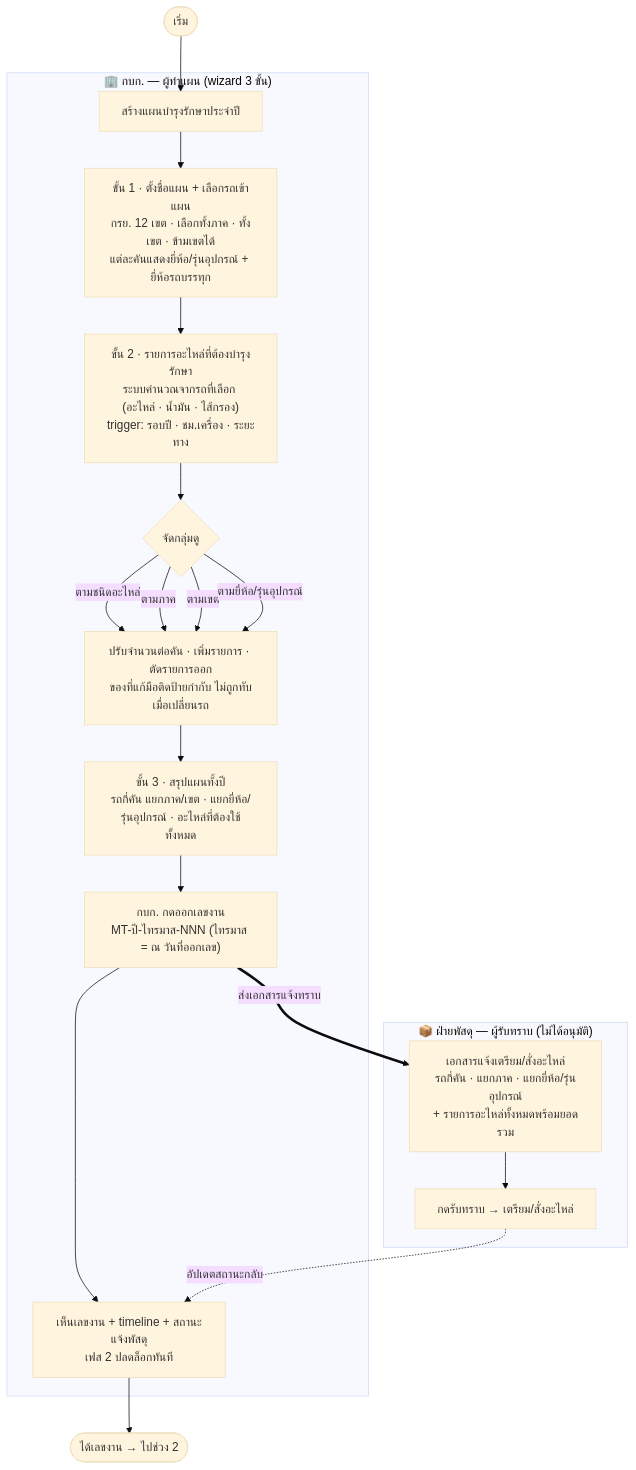
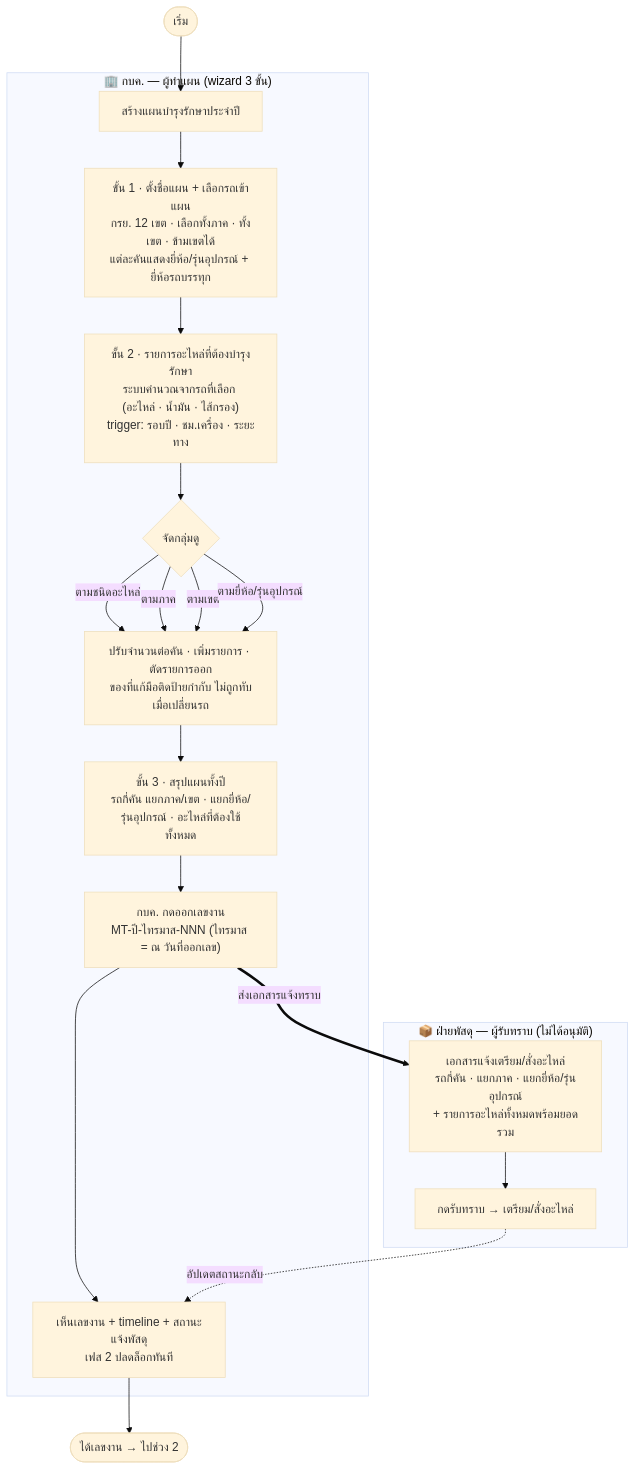
Before and after one commit to anugmail/Maintenance-Request-Form: the diagram in Diagram/01-บำรุงรักษาตามวาระ/01-ออกเลขงาน.md, drawn with Mermaid (base theme). The commit also changed other lines of this file and 18 other files, not shown here.

````diff
--- a/Diagram/01-บำรุงรักษาตามวาระ/01-ออกเลขงาน.md
+++ b/Diagram/01-บำรุงรักษาตามวาระ/01-ออกเลขงาน.md
@@ -11,30 +11,30 @@
 ```mermaid
 flowchart TB
     S([เริ่ม])
 
-    subgraph KBK["🏢 กบก. — ผู้ทำแผน (wizard 3 ขั้น)"]
+    subgraph KBK["🏢 กบค. — ผู้ทำแผน (wizard 3 ขั้น)"]
         A[สร้างแผนบำรุงรักษาประจำปี]
         A --> B["ขั้น 1 · ตั้งชื่อแผน + เลือกรถเข้าแผน<br/>กรย. 12 เขต · เลือกทั้งภาค · ทั้งเขต · ข้ามเขตได้<br/>แต่ละคันแสดงยี่ห้อ/รุ่นอุปกรณ์ + ยี่ห้อรถบรรทุก"]
         B --> C["ขั้น 2 · รายการอะไหล่ที่ต้องบำรุงรักษา<br/>ระบบคำนวณจากรถที่เลือก (อะไหล่ · น้ำมัน · ไส้กรอง)<br/>trigger: รอบปี · ชม.เครื่อง · ระยะทาง"]
         C --> C2{"จัดกลุ่มดู"}
         C2 -->|ตามชนิดอะไหล่| C3
         C2 -->|ตามภาค| C3
         C2 -->|ตามเขต| C3
         C2 -->|ตามยี่ห้อ/รุ่นอุปกรณ์| C3
         C3["ปรับจำนวนต่อคัน · เพิ่มรายการ · ตัดรายการออก<br/>ของที่แก้มือติดป้ายกำกับ ไม่ถูกทับเมื่อเปลี่ยนรถ"]
         C3 --> D["ขั้น 3 · สรุปแผนทั้งปี<br/>รถกี่คัน แยกภาค/เขต · แยกยี่ห้อ/รุ่นอุปกรณ์ · อะไหล่ที่ต้องใช้ทั้งหมด"]
-        D --> E["กบก. กดออกเลขงาน<br/>MT-ปี-ไทรมาส-NNN (ไทรมาส = ณ วันที่ออกเลข)"]
+        D --> E["กบค. กดออกเลขงาน<br/>MT-ปี-ไทรมาส-NNN (ไทรมาส = ณ วันที่ออกเลข)"]
         E --> J[เห็นเลขงาน + timeline + สถานะแจ้งพัสดุ<br/>เฟส 2 ปลดล็อกทันที]
     end
 
     subgraph PSD["📦 ฝ่ายพัสดุ — ผู้รับทราบ (ไม่ได้อนุมัติ)"]
         F["เอกสารแจ้งเตรียม/สั่งอะไหล่<br/>รถกี่คัน · แยกภาค · แยกยี่ห้อ/รุ่นอุปกรณ์<br/>+ รายการอะไหล่ทั้งหมดพร้อมยอดรวม"]
         G[กดรับทราบ → เตรียม/สั่งอะไหล่]
         F --> G
     end
 
     S --> A
     E ==>|ส่งเอกสารแจ้งทราบ| F
     G -. อัปเดตสถานะกลับ .-> J
     J --> Z([ได้เลขงาน → ไปช่วง 2])
 ```
````
